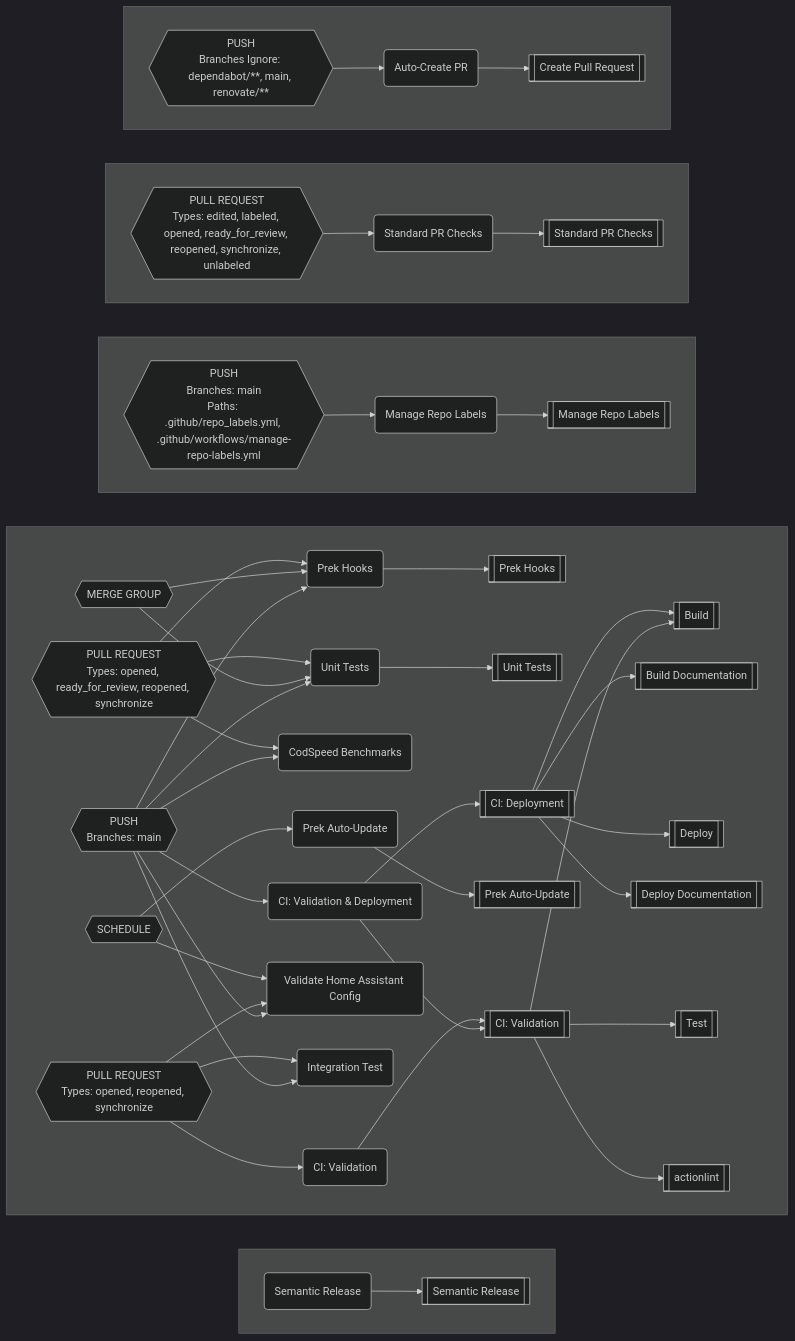
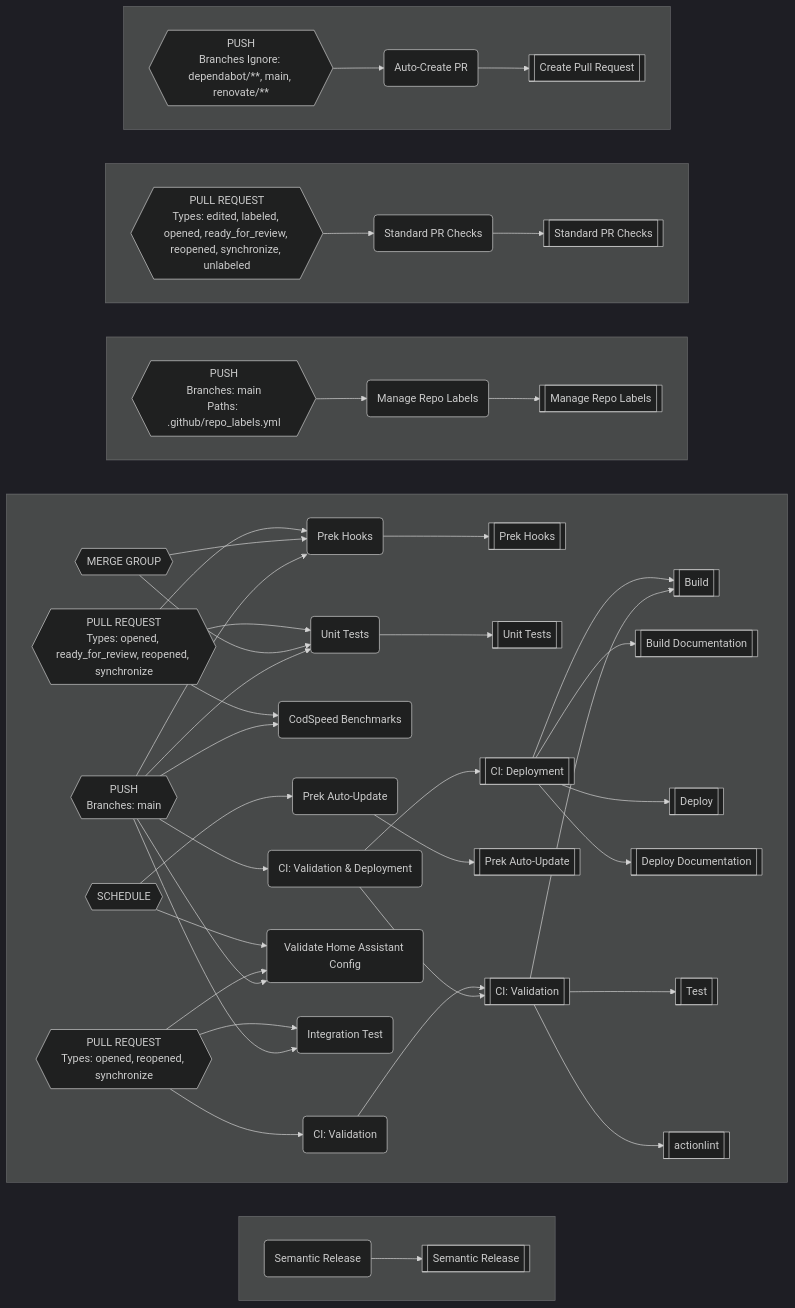
The diagram in README.md (worganisation/github-config-files), drawn with Mermaid (dark theme) before and after one commit. The commit also changed 2 other files, not shown here.

Commit message:
perf(ci): limit repository label sync to label changes (#380)

```diff
--- a/README.md
+++ b/README.md
@@ -466,7 +466,7 @@
 CB("Manage Repo Labels")
 CC{{"PUSH
 Branches: main
-Paths: .github/repo_labels.yml, .github/workflows/manage-repo-labels.yml
+Paths: .github/repo_labels.yml
 "}}
 CF("Prek Auto-Update")
 CG{{"SCHEDULE"}}
```
